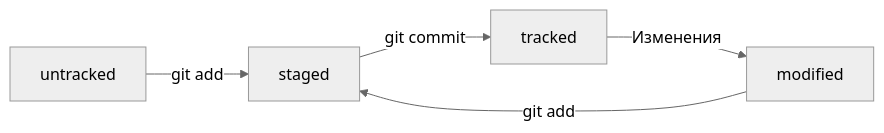
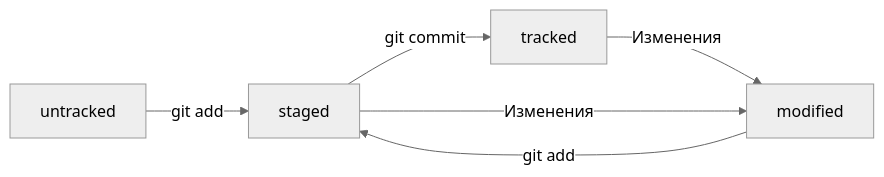
One commit to CyberSnake-VP/git-manual changed the diagram in README.md. Above: the diagram before and after it, drawn with Mermaid (neutral theme).

Commit message:
Исправить схему mermaid

````diff
--- a/README.md
+++ b/README.md
@@ -197,7 +197,8 @@
 ```mermaid
 graph LR
   untracked -- "git add" --> staged;
   staged    -- "git commit"     --> tracked;
   tracked -- "Изменения" --> modified;
   modified -- "git add" --> staged;
+  staged -- "Изменения" --> modified;
 ```
````
